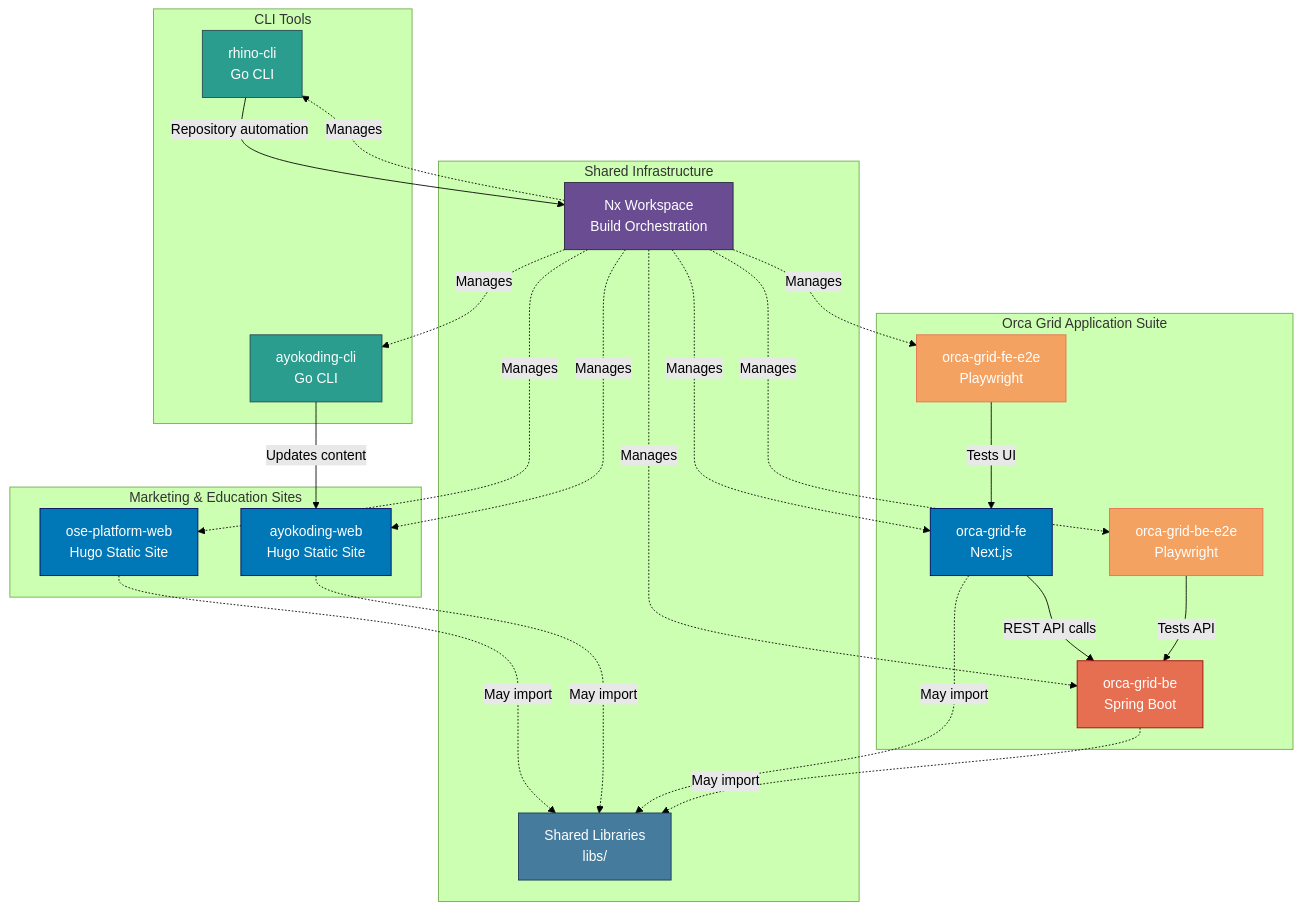
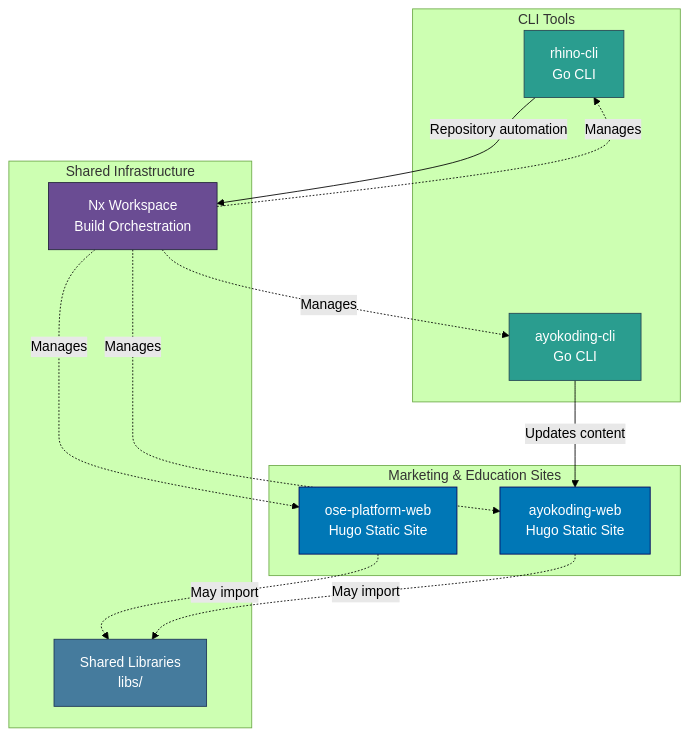
The second of 13 diagrams in docs/reference/re__system-architecture.md (wahidyankf/open-sharia-enterprise), drawn with Mermaid (forest theme) before and after one commit. The commit also changed other lines of this file and 1 other file, not shown here.

First line of the commit message:
docs(reference): remove orca-grid suite from system architecture

````diff
--- a/docs/reference/re__system-architecture.md
+++ b/docs/reference/re__system-architecture.md
@@ -204,56 +125,35 @@
 ```mermaid
 graph TB
     subgraph "Marketing & Education Sites"
         OSE[ose-platform-web<br/>Hugo Static Site]
         AYO[ayokoding-web<br/>Hugo Static Site]
-    end
-
-    subgraph "Orca Grid Application Suite"
-        ORCA_GRID_FE[orca-grid-fe<br/>Next.js]
-        ORCA_GRID_BE[orca-grid-be<br/>Spring Boot]
-        ORCA_GRID_FE_E2E[orca-grid-fe-e2e<br/>Playwright]
-        ORCA_GRID_BE_E2E[orca-grid-be-e2e<br/>Playwright]
     end
 
     subgraph "CLI Tools"
         AYOCLI[ayokoding-cli<br/>Go CLI]
         RHINO[rhino-cli<br/>Go CLI]
     end
 
     subgraph "Shared Infrastructure"
         NX[Nx Workspace<br/>Build Orchestration]
         LIBS[Shared Libraries<br/>libs/]
     end
 
     AYOCLI -->|Updates content| AYO
     RHINO -->|Repository automation| NX
 
-    ORCA_GRID_FE -->|REST API calls| ORCA_GRID_BE
-    ORCA_GRID_FE_E2E -->|Tests UI| ORCA_GRID_FE
-    ORCA_GRID_BE_E2E -->|Tests API| ORCA_GRID_BE
-
     NX -.->|Manages| OSE
     NX -.->|Manages| AYO
     NX -.->|Manages| AYOCLI
     NX -.->|Manages| RHINO
-    NX -.->|Manages| ORCA_GRID_FE
-    NX -.->|Manages| ORCA_GRID_BE
-    NX -.->|Manages| ORCA_GRID_FE_E2E
-    NX -.->|Manages| ORCA_GRID_BE_E2E
 
     OSE -.->|May import| LIBS
     AYO -.->|May import| LIBS
-    ORCA_GRID_FE -.->|May import| LIBS
-    ORCA_GRID_BE -.->|May import| LIBS
 
     style OSE fill:#0077b6,stroke:#03045e,color:#ffffff
     style AYO fill:#0077b6,stroke:#03045e,color:#ffffff
-    style ORCA_GRID_FE fill:#0077b6,stroke:#03045e,color:#ffffff
-    style ORCA_GRID_BE fill:#e76f51,stroke:#9d0208,color:#ffffff
-    style ORCA_GRID_FE_E2E fill:#f4a261,stroke:#e76f51,color:#ffffff
-    style ORCA_GRID_BE_E2E fill:#f4a261,stroke:#e76f51,color:#ffffff
     style AYOCLI fill:#2a9d8f,stroke:#264653,color:#ffffff
     style RHINO fill:#2a9d8f,stroke:#264653,color:#ffffff
     style NX fill:#6a4c93,stroke:#22223b,color:#ffffff
     style LIBS fill:#457b9d,stroke:#1d3557,color:#ffffff
 ```
````
